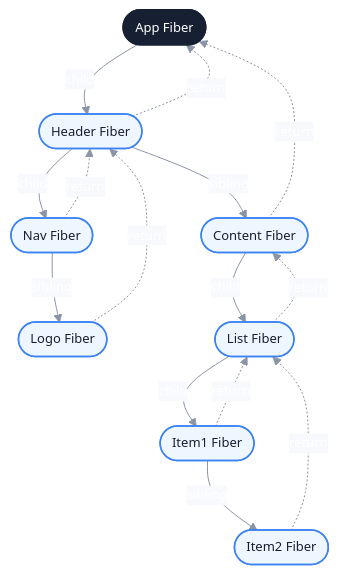
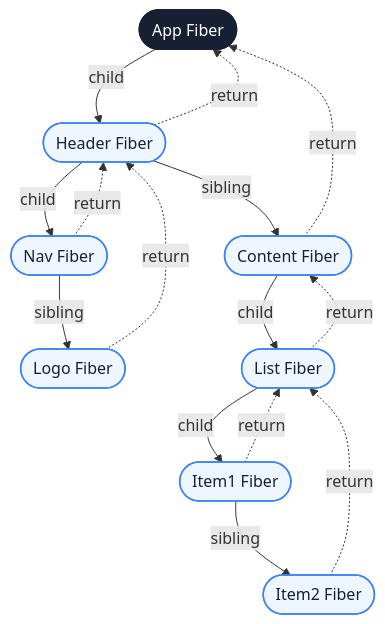
The second of 7 diagrams in docs/en/frameworks/react-fiber.md (Fatejian/frontier-vault), drawn with Mermaid before and after one commit. The commit also changed other lines of this file and 41 other files, not shown here.

````diff
--- a/docs/en/frameworks/react-fiber.md
+++ b/docs/en/frameworks/react-fiber.md
@@ -226,33 +203,32 @@
 ```mermaid
-%%{init: {'theme': 'base', 'themeVariables': { 'fontFamily': 'Inter, PingFang SC, Microsoft YaHei, sans-serif', 'primaryColor': '#EEF6FF', 'primaryTextColor': '#172033', 'primaryBorderColor': '#6EA8FE', 'lineColor': '#8A94A6', 'secondaryColor': '#F7F9FC', 'tertiaryColor': '#FFF7E6', 'fontSize': '13px'}}}%%
 flowchart TB
     App(["App Fiber"])
     Header(["Header Fiber"])
     Nav(["Nav Fiber"])
     Logo(["Logo Fiber"])
     Content(["Content Fiber"])
     List(["List Fiber"])
     Item1(["Item1 Fiber"])
     Item2(["Item2 Fiber"])
 
     App -->|child| Header
     Header -->|sibling| Content
     Header -->|child| Nav
     Nav -->|sibling| Logo
     Content -->|child| List
     List -->|child| Item1
     Item1 -->|sibling| Item2
 
     Header -.->|return| App
     Content -.->|return| App
     Nav -.->|return| Header
     Logo -.->|return| Header
     List -.->|return| Content
     Item1 -.->|return| List
     Item2 -.->|return| List
 
-    classDef root fill:#172033,color:#fff,stroke:#172033,stroke-width:2px;
-    classDef node fill:#EEF6FF,stroke:#3B82F6,color:#172033,stroke-width:1.5px;
-    class App root;
-    class Header,Nav,Logo,Content,List,Item1,Item2 node;
+    classDef core fill:#172033,color:#fff,stroke:#172033,stroke-width:2px;
+    classDef wait fill:#EEF6FF,stroke:#3B82F6,color:#172033,stroke-width:1.5px;
+    class App core;
+    class Header,Nav,Logo,Content,List,Item1,Item2 wait;
 ```
````
